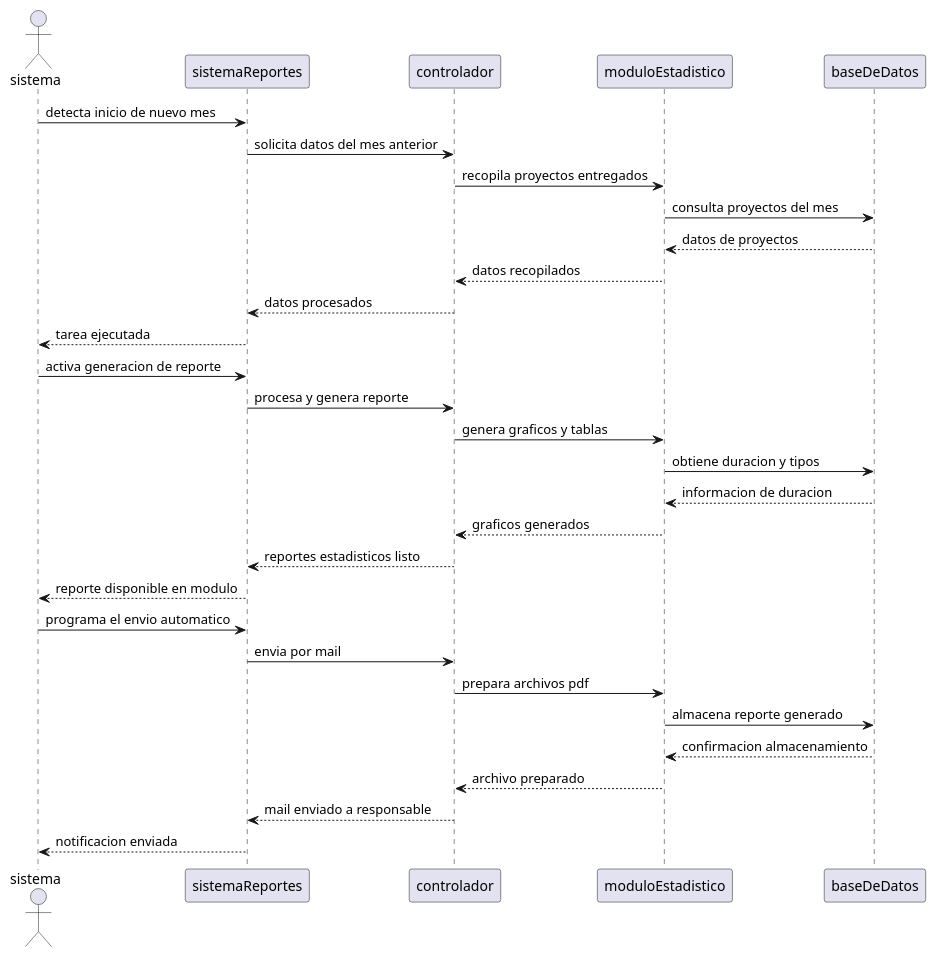
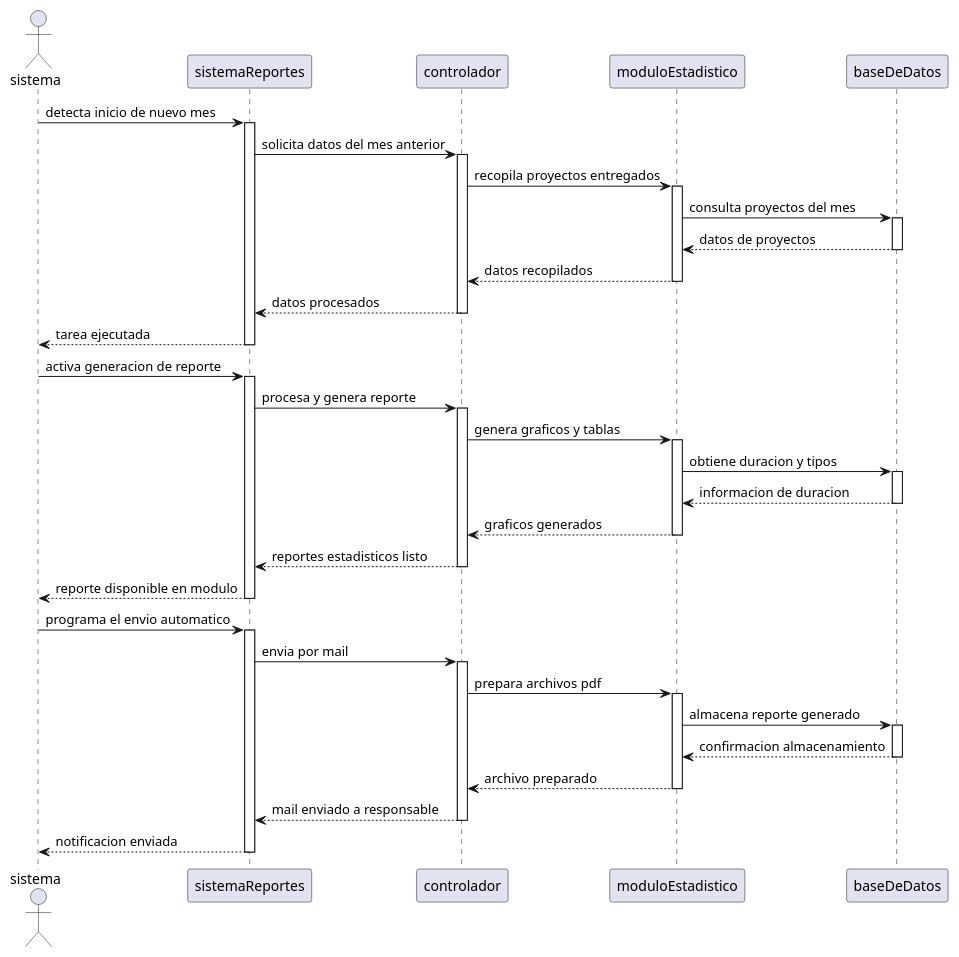
One commit to 9919-Mili/SistemaProductoraVideos changed the diagram in 05-diagrama-secuencia/05-secuencia-consulta-estadisticas-consulta-automatica-mensual-de-estadisticas-04.puml. Above: the diagram before and after it, drawn with PlantUML. The commit also changed 4 other files, not shown here.

```diff
--- a/05-diagrama-secuencia/05-secuencia-consulta-estadisticas-consulta-automatica-mensual-de-estadisticas-04.puml
+++ b/05-diagrama-secuencia/05-secuencia-consulta-estadisticas-consulta-automatica-mensual-de-estadisticas-04.puml
@@ -1,38 +1,62 @@
 @startuml
 
 actor sistema
 participant sistemaReportes
 participant controlador
 participant moduloEstadistico
 participant baseDeDatos
 
 sistema -> sistemaReportes: detecta inicio de nuevo mes
+activate sistemaReportes
 sistemaReportes -> controlador: solicita datos del mes anterior 
+activate controlador
 controlador -> moduloEstadistico: recopila proyectos entregados 
+activate moduloEstadistico
 moduloEstadistico -> baseDeDatos: consulta proyectos del mes
+activate baseDeDatos
 baseDeDatos --> moduloEstadistico: datos de proyectos
+deactivate baseDeDatos
 moduloEstadistico --> controlador: datos recopilados 
+deactivate moduloEstadistico
 controlador --> sistemaReportes: datos procesados
+deactivate controlador
 sistemaReportes --> sistema: tarea ejecutada
+deactivate sistemaReportes
 
 
 sistema -> sistemaReportes: activa generacion de reporte
+activate sistemaReportes
 sistemaReportes -> controlador: procesa y genera reporte 
+activate controlador
 controlador -> moduloEstadistico: genera graficos y tablas 
-moduloEstadistico -> baseDeDatos: obtiene duracion y tipos 
+activate moduloEstadistico
+moduloEstadistico -> baseDeDatos: obtiene duracion y tipos
+activate baseDeDatos 
 baseDeDatos --> moduloEstadistico: informacion de duracion
+deactivate baseDeDatos
 moduloEstadistico --> controlador: graficos generados 
-controlador --> sistemaReportes: reportes estadisticos listo 
+deactivate moduloEstadistico
+controlador --> sistemaReportes: reportes estadisticos listo
+deactivate controlador 
 sistemaReportes --> sistema: reporte disponible en modulo
+deactivate sistemaReportes
 
 
 sistema -> sistemaReportes: programa el envio automatico 
+activate sistemaReportes
 sistemaReportes -> controlador: envia por mail
+activate controlador
 controlador -> moduloEstadistico: prepara archivos pdf 
+activate moduloEstadistico
 moduloEstadistico -> baseDeDatos: almacena reporte generado 
+activate baseDeDatos
 baseDeDatos --> moduloEstadistico: confirmacion almacenamiento
+deactivate baseDeDatos
 moduloEstadistico --> controlador: archivo preparado 
+deactivate moduloEstadistico
 controlador --> sistemaReportes: mail enviado a responsable 
+deactivate controlador
 sistemaReportes --> sistema: notificacion enviada 
+deactivate sistemaReportes
 
 @enduml
```
